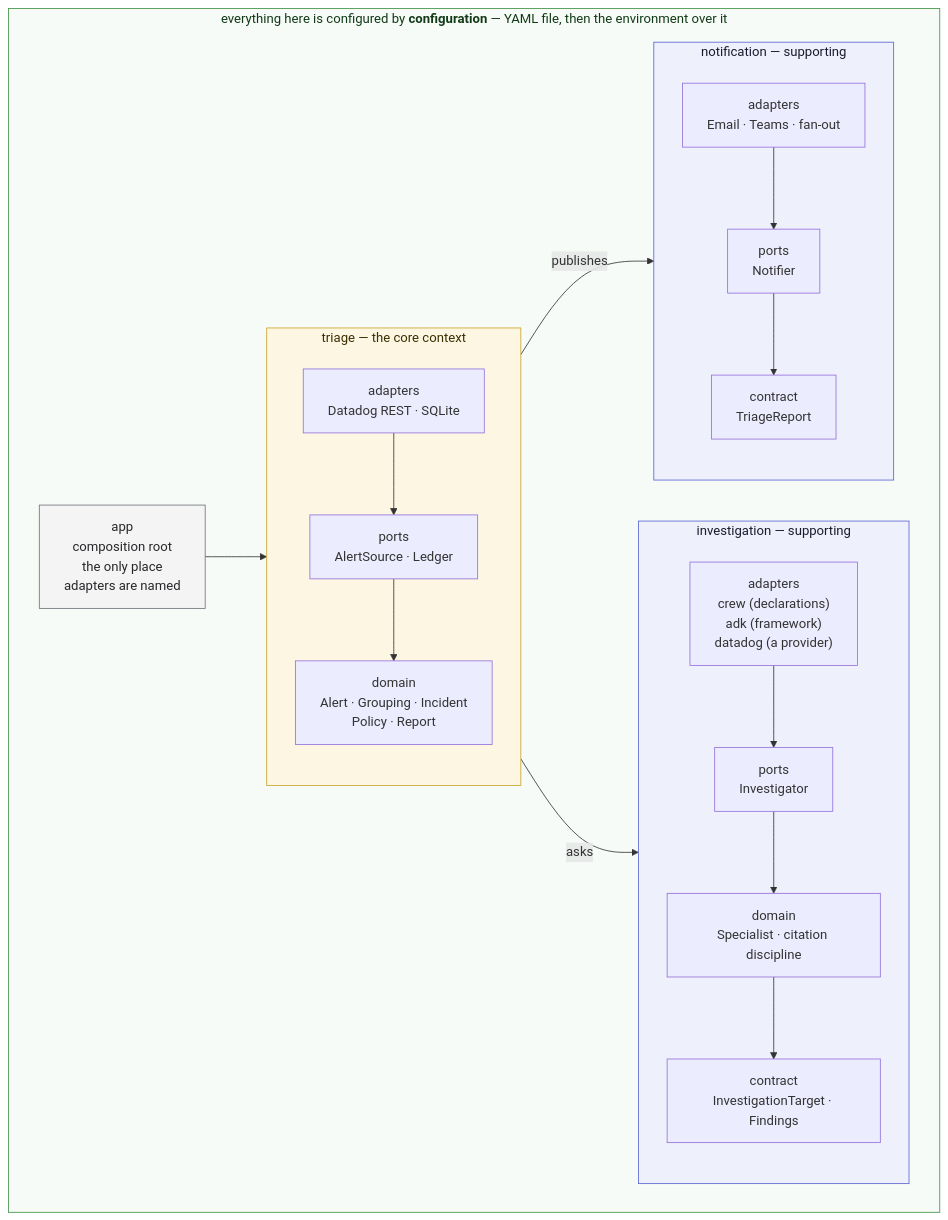
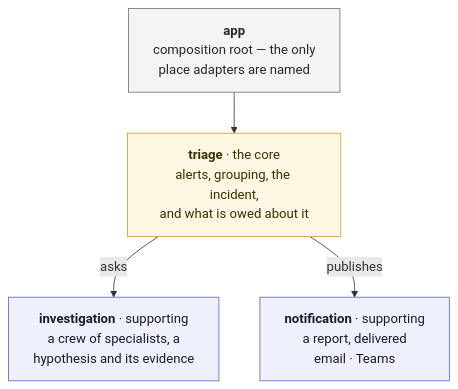
The second of 2 diagrams in README.md (EduardoFLima/alert-triage), drawn with Mermaid before and after one commit. The commit also changed other lines of this file and 8 other files, not shown here.

````diff
--- a/README.md
+++ b/README.md
@@ -301,46 +239,20 @@
 ```mermaid
-flowchart LR
-    subgraph Configured["everything here is configured by <b>configuration</b> — YAML file, then the environment over it"]
-        direction LR
-        App["app<br/>composition root<br/>the only place<br/>adapters are named"]
+flowchart TB
+    app["<b>app</b><br/>composition root — the only<br/>place adapters are named"]
+    app --> triage
 
-        subgraph Triage["triage — the core context"]
-            direction TB
-            TriageAdapters["adapters<br/>Datadog REST · SQLite"]
-            TriagePorts["ports<br/>AlertSource · Ledger"]
-            TriageDomain["domain<br/>Alert · Grouping · Incident<br/>Policy · Report"]
-            TriageAdapters --> TriagePorts --> TriageDomain
-        end
+    triage["<b>triage</b> · the core<br/>alerts, grouping, the incident,<br/>and what is owed about it"]
+    investigation["<b>investigation</b> · supporting<br/>a crew of specialists, a<br/>hypothesis and its evidence"]
+    notification["<b>notification</b> · supporting<br/>a report, delivered<br/>email · Teams"]
 
-        subgraph Investigation["investigation — supporting"]
-            direction TB
-            InvContract["contract<br/>InvestigationTarget · Findings"]
-            InvDomain["domain<br/>Specialist · citation discipline"]
-            InvPorts["ports<br/>Investigator"]
-            InvAdapters["adapters<br/>crew (declarations)<br/>adk (framework)<br/>datadog (a provider)"]
-            InvAdapters --> InvPorts --> InvDomain --> InvContract
-        end
+    triage -- "asks" --> investigation
+    triage -- "publishes" --> notification
 
-        subgraph Notification["notification — supporting"]
-            direction TB
-            NotContract["contract<br/>TriageReport"]
-            NotPorts["ports<br/>Notifier"]
-            NotAdapters["adapters<br/>Email · Teams · fan-out"]
-            NotAdapters --> NotPorts --> NotContract
-        end
-
-        App --> Triage
-        TriageDomain -- "asks" --> InvContract
-        TriageDomain -- "publishes" --> NotContract
-    end
-
+    classDef appClass fill:#f4f4f5,stroke:#71717a,color:#27272a
     classDef coreClass fill:#fdf6e3,stroke:#c9a227,color:#3a2f00
     classDef supportingClass fill:#eef0fb,stroke:#5b63d3,color:#1a1a2e
-    classDef configuredClass fill:#f6fbf7,stroke:#3f9142,color:#123a17
-    classDef appClass fill:#f4f4f5,stroke:#71717a,color:#27272a
 
-    class Triage coreClass
-    class Investigation,Notification supportingClass
-    class Configured configuredClass
-    class App appClass
+    class app appClass
+    class triage coreClass
+    class investigation,notification supportingClass
 ```
````
